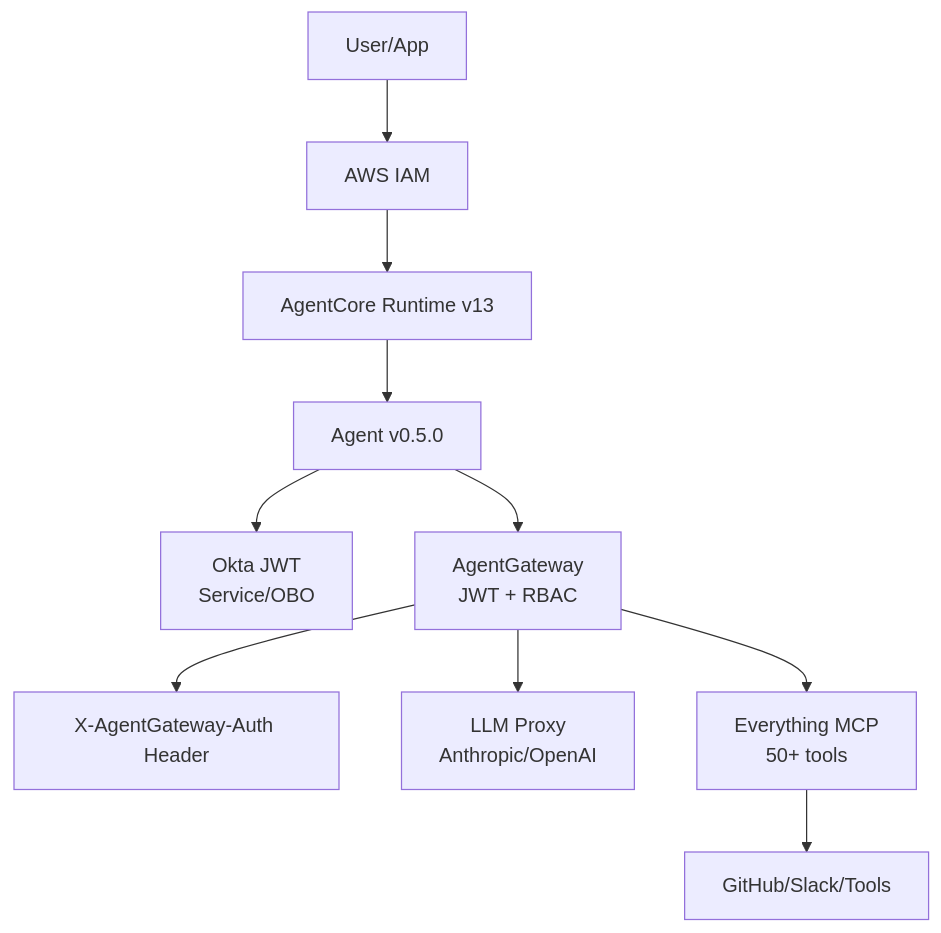
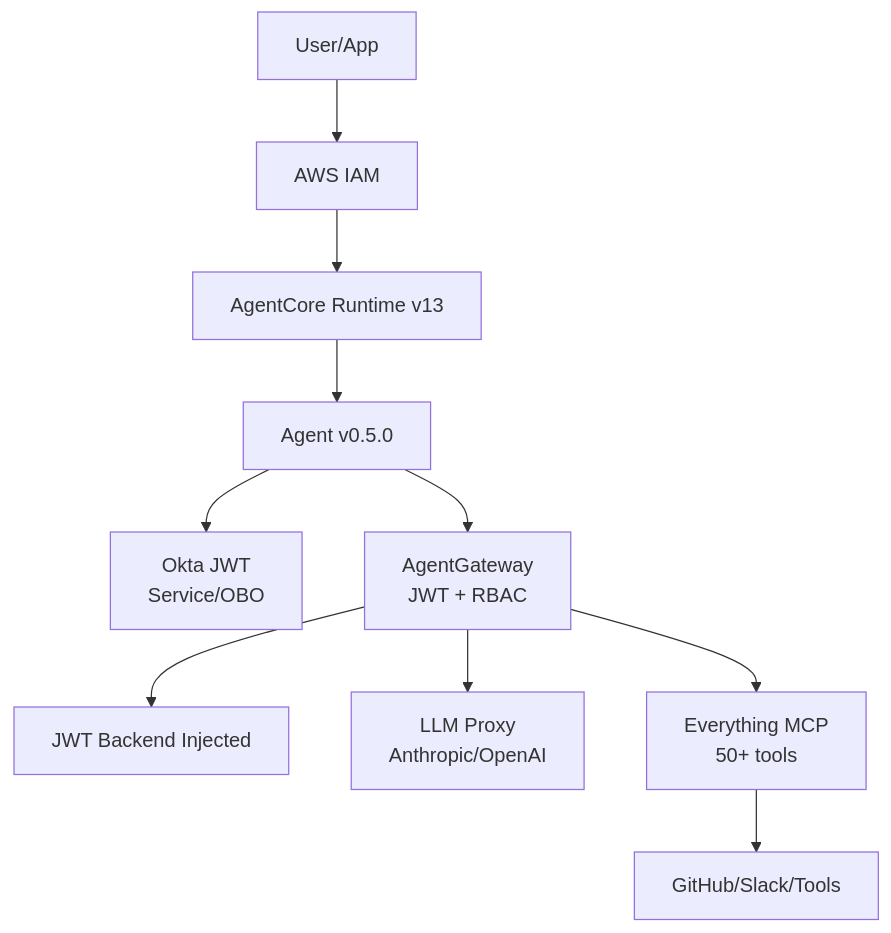
Before and after one commit to ProfessorSeb/aws-agentcore-demo: the diagram in README.md, drawn with Mermaid.

Commit message:
fix: README diagram JWT backend (no header)

````diff
--- a/README.md
+++ b/README.md
@@ -56,12 +56,12 @@
 ```mermaid
 graph TD
     User[User/App] --> IAM[AWS IAM]
     IAM --> Runtime[AgentCore Runtime v13]
     Runtime --> Agent[Agent v0.5.0]
     Agent --> Okta[Okta JWT<br/>Service/OBO]
     Agent --> Gateway[AgentGateway<br/>JWT + RBAC]
-    Gateway --> Header[X-AgentGateway-Auth Header]
+    Gateway --> JWT[JWT Backend Injected]
     Gateway --> LLM[LLM Proxy<br/>Anthropic/OpenAI]
     Gateway --> MCP[Everything MCP<br/>50+ tools]
     MCP --> Tools[GitHub/Slack/Tools]
 ```
````
